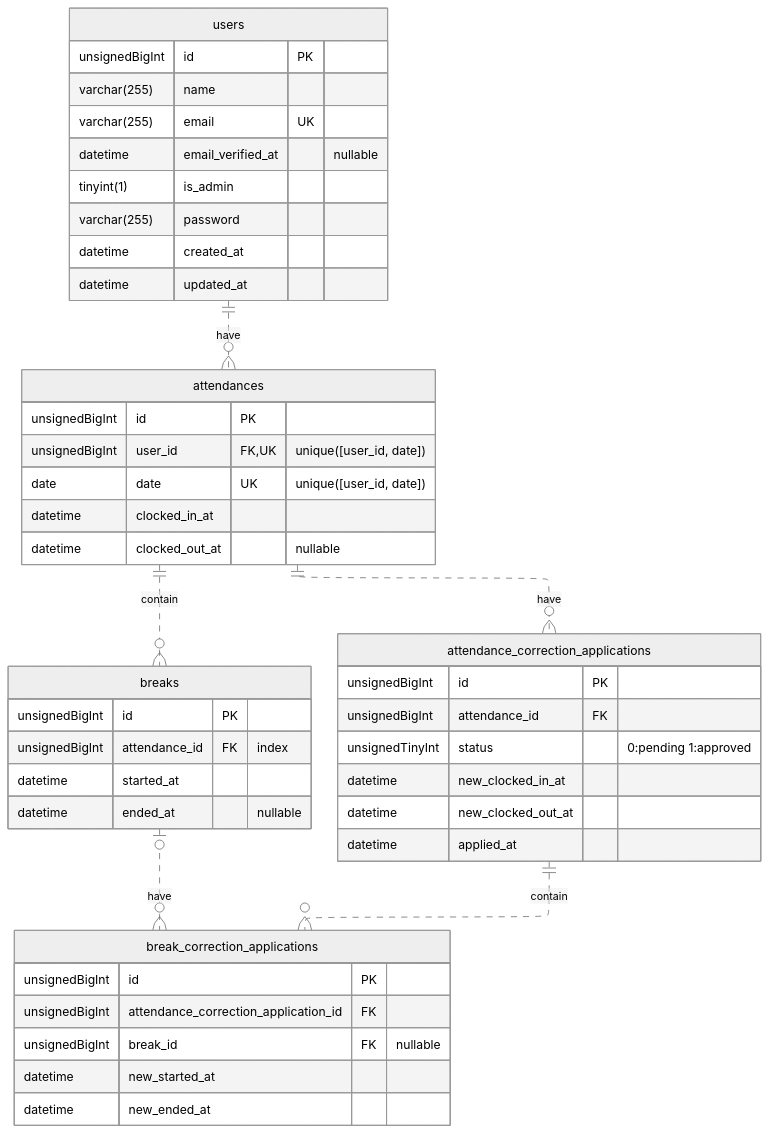
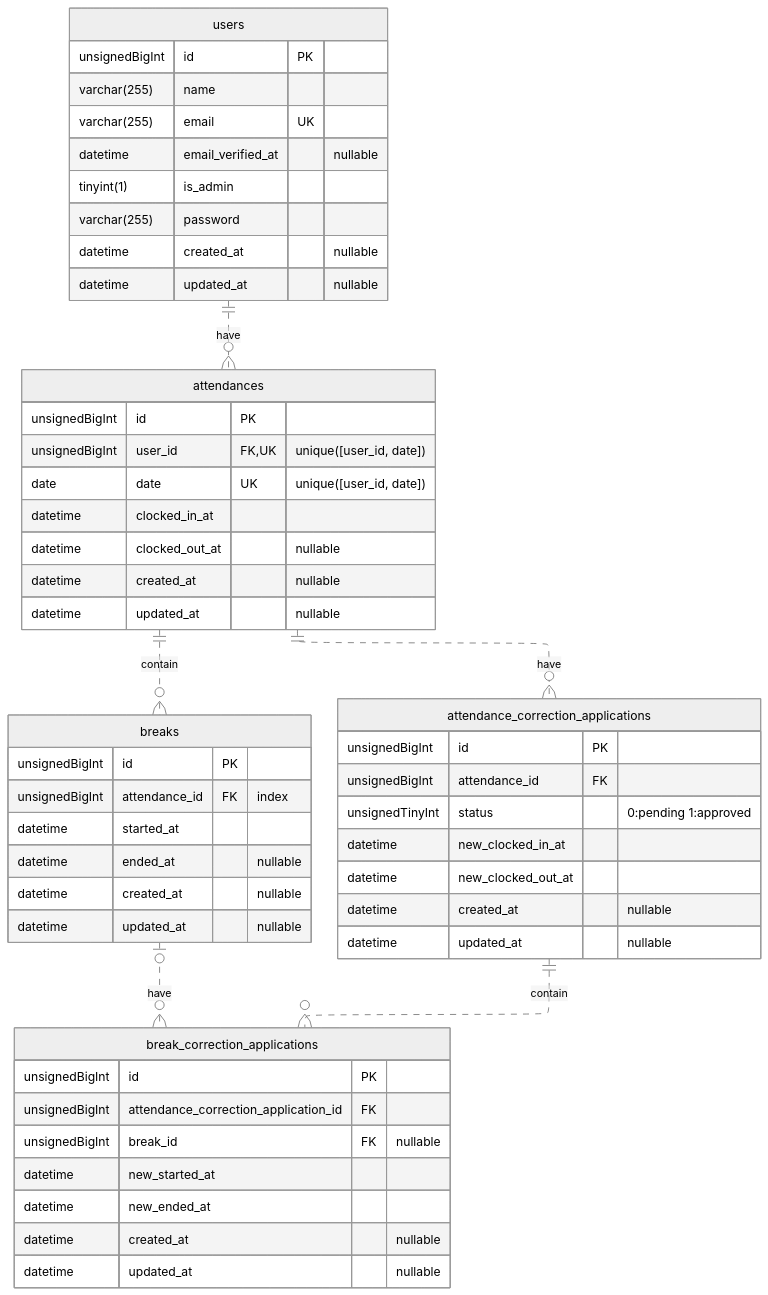
One commit to sangwon-lee302/time-and-attendance changed the diagram in README.md. Above: the diagram before and after it, drawn with Mermaid (neutral theme). The commit also changed 2 other files, not shown here.

Commit message:
feat: implement create_attendances_table #3
- Implement create_attendances_table.
- Fix ER diagram in readme to add creation and update datetime column to every table.
- Refactor users table schema to simplify the code.

````diff
--- a/README.md
+++ b/README.md
@@ -17,55 +17,62 @@
 ```mermaid
 ---
 config:
     layout: elk
 ---
 erDiagram
     users ||..o{ attendances: "have"
     attendances ||..o{ breaks: "contain"
     attendances ||..o{ attnd-corrections: "have"
     attnd-corrections ||..o{ break-corrections: "contain"
     breaks |o..o{ break-corrections: "have"
 
     users {
         unsignedBigInt id PK
         varchar(255) name
         varchar(255) email UK
         datetime email_verified_at "nullable"
         tinyint(1) is_admin
         varchar(255) password
-        datetime created_at
-        datetime updated_at
+        datetime created_at "nullable"
+        datetime updated_at "nullable"
     }
 
     attendances {
         unsignedBigInt id PK
         unsignedBigInt user_id FK, UK "unique([user_id, date])"
         date date UK "unique([user_id, date])"
         datetime clocked_in_at
         datetime clocked_out_at "nullable"
+        datetime created_at "nullable"
+        datetime updated_at "nullable"
     }
 
     breaks {
         unsignedBigInt id PK
         unsignedBigInt attendance_id FK "index"
         datetime started_at
         datetime ended_at "nullable"
+        datetime created_at "nullable"
+        datetime updated_at "nullable"
     }
 
     attnd-corrections["attendance_correction_applications"] {
         unsignedBigInt id PK
         unsignedBigInt attendance_id FK
         unsignedTinyInt status "0:pending 1:approved"
         datetime new_clocked_in_at
         datetime new_clocked_out_at
-        datetime applied_at
+        datetime created_at "nullable"
+        datetime updated_at "nullable"
     }
 
     break-corrections["break_correction_applications"] {
         unsignedBigInt id PK
         unsignedBigInt attendance_correction_application_id FK
         unsignedBigInt break_id FK "nullable"
         datetime new_started_at
         datetime new_ended_at
+        datetime created_at "nullable"
+        datetime updated_at "nullable"
     }
 ```
````
